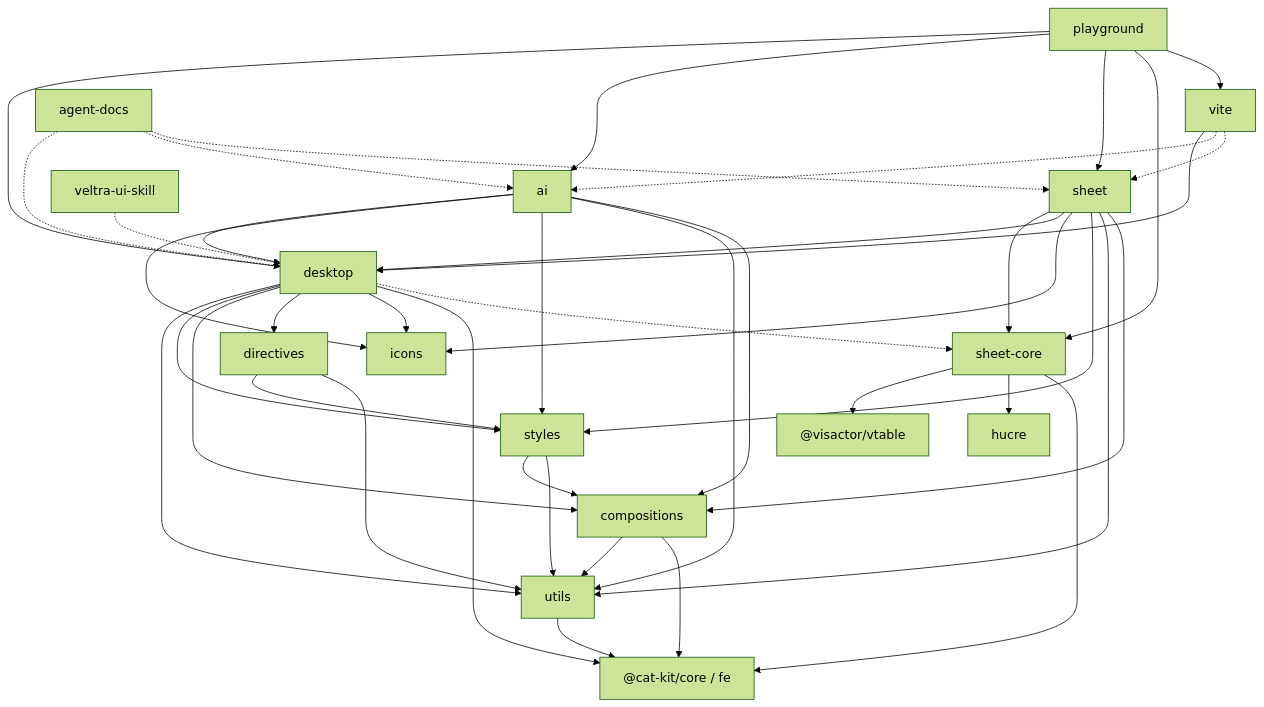
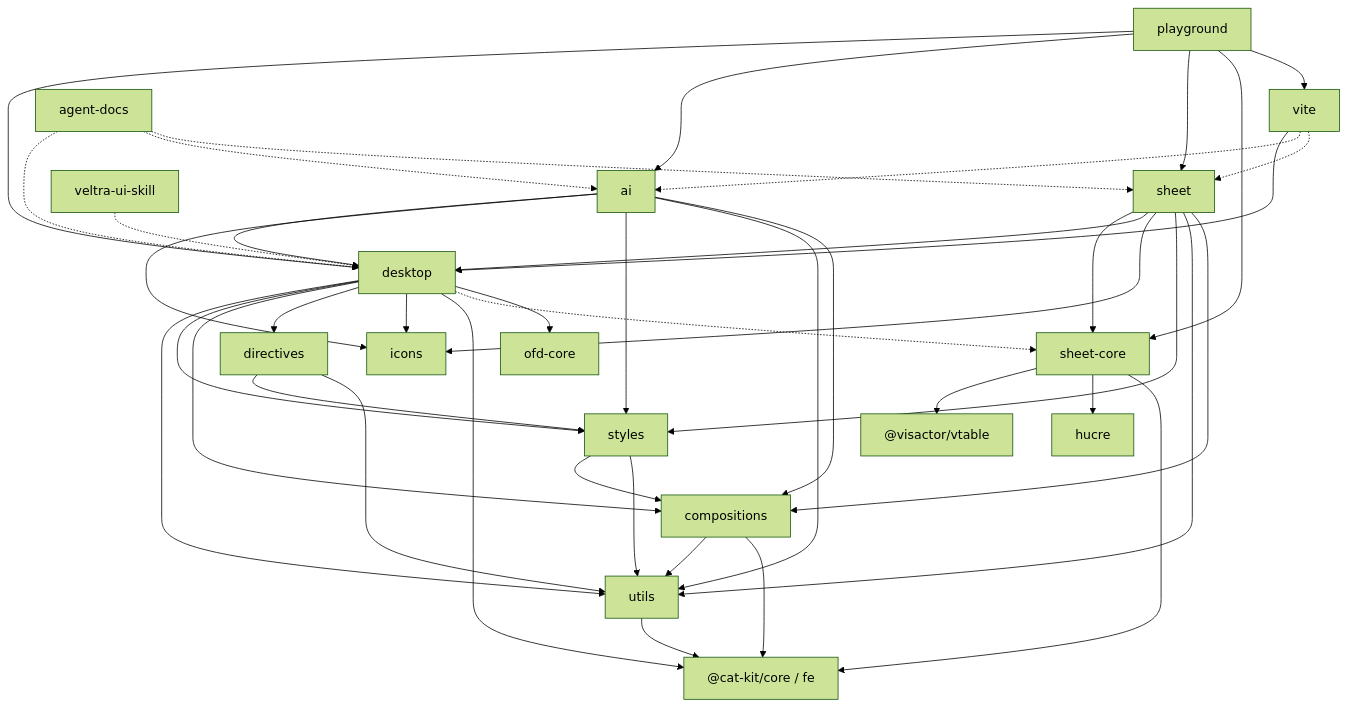
The diagram in .agents/docs/CODE-MAP.md (cabinet-fe/ultra-ui), drawn with Mermaid (forest theme) before and after one commit. The commit also changed other lines of this file and 18 other files, not shown here.

First line of the commit message:
feat(ofd-core): 新增零依赖 OFD 解析内核包基建（P1）

````diff
--- a/.agents/docs/CODE-MAP.md
+++ b/.agents/docs/CODE-MAP.md
@@ -58,58 +60,60 @@
 ```mermaid
 graph TD
   catkit["@cat-kit/core / fe"]
   utils["utils"]
   compositions["compositions"]
   styles["styles"]
   directives["directives"]
   icons["icons"]
   desktop["desktop"]
   sheetCore["sheet-core"]
   sheet["sheet"]
   ai["ai"]
+  ofdCore["ofd-core"]
   vitePkg["vite"]
   playground["playground"]
   skill["veltra-ui-skill"]
   agentDocs["agent-docs"]
 
   utils --> catkit
   compositions --> utils
   compositions --> catkit
   styles --> compositions
   styles --> utils
   directives --> styles
   directives --> utils
   desktop --> utils
   desktop --> styles
   desktop --> compositions
   desktop --> directives
   desktop --> icons
   desktop --> catkit
   desktop -.-> sheetCore
+  desktop --> ofdCore
   sheetCore --> vtable["@visactor/vtable"]
   sheetCore --> hucre["hucre"]
   sheetCore --> catkit
   sheet --> sheetCore
   sheet --> desktop
   sheet --> icons
   sheet --> styles
   sheet --> utils
   sheet --> compositions
   ai --> desktop
   ai --> icons
   ai --> styles
   ai --> utils
   ai --> compositions
   vitePkg --> desktop
   vitePkg -.-> ai
   vitePkg -.-> sheet
   playground --> desktop
   playground --> ai
   playground --> sheet
   playground --> sheetCore
   playground --> vitePkg
   skill -.-> desktop
   agentDocs -.-> desktop
   agentDocs -.-> ai
   agentDocs -.-> sheet
 ```
````
